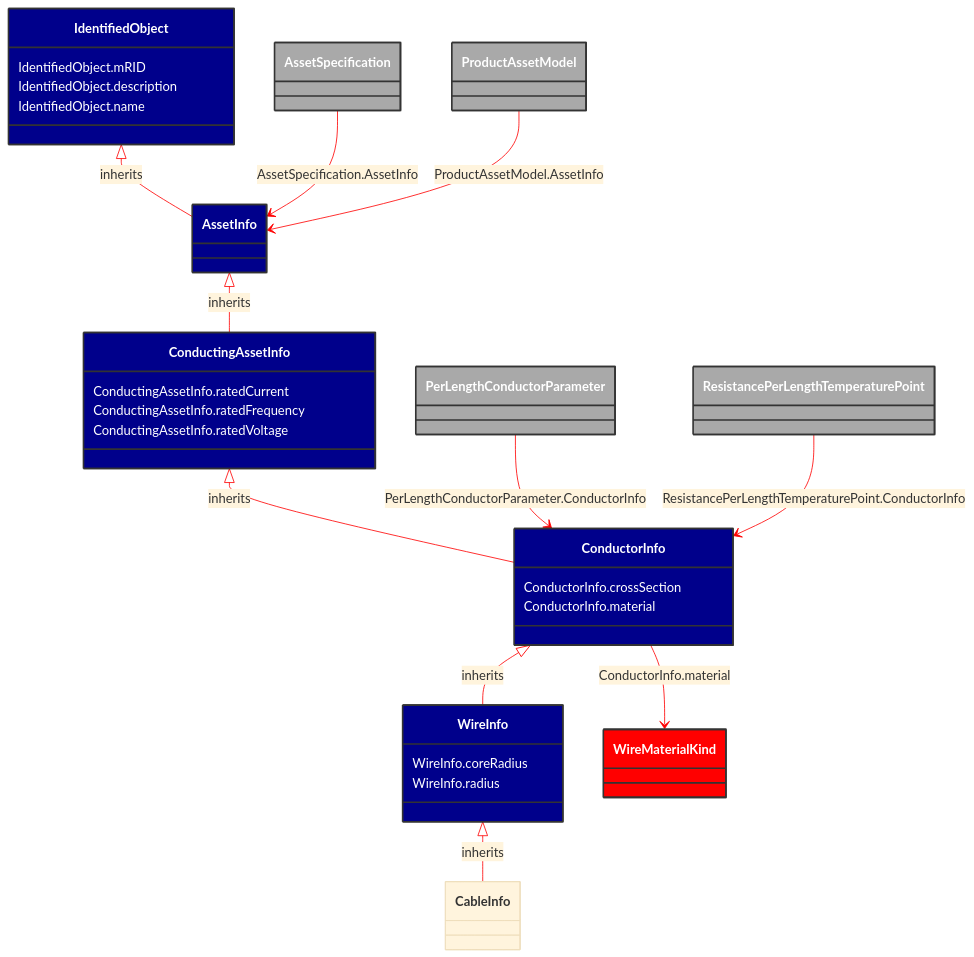
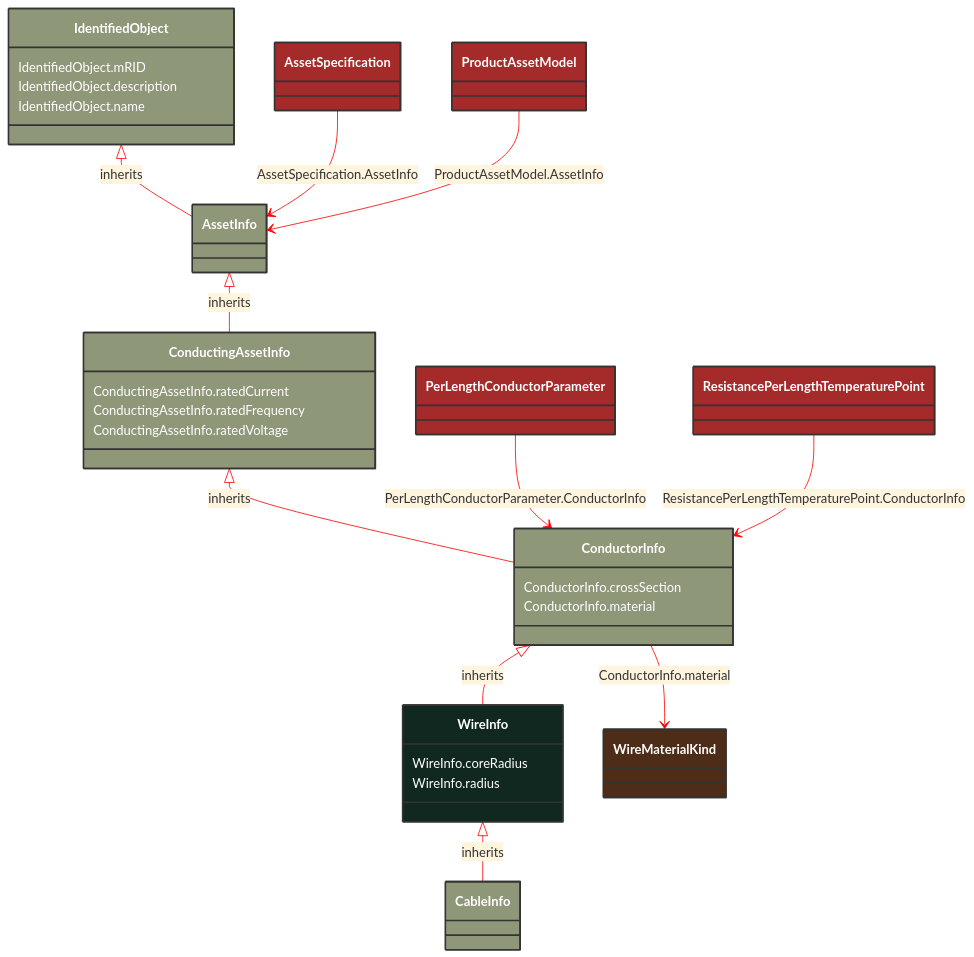
One commit to 3lbits/NoCIMExtensions changed the diagram in docs/Models/Profiles/SubseaCableInfo/AbstractClasses/WireInfo.md. Above: the diagram before and after it, drawn with Mermaid. The commit also changed 190 other files, not shown here.

````diff
--- a/docs/Models/Profiles/SubseaCableInfo/AbstractClasses/WireInfo.md
+++ b/docs/Models/Profiles/SubseaCableInfo/AbstractClasses/WireInfo.md
@@ -10,73 +10,71 @@
 ```mermaid
 %%{init: {'theme':'base','themeVariables': {'lineColor': '#FF0000'}}}%%
 classDiagram
     class WireInfo
     click WireInfo href "/Models/Profiles/SubseaCableInfo/AbstractClasses/WireInfo/"
-    style WireInfo fill:#006400,stroke:#333,stroke-width:2px,rx:10,ry:10,color:white
+    style WireInfo fill:#102820,stroke:#333,stroke-width:2px,rx:10,ry:10,color:white
 
         WireInfo <|-- CableInfo : inherits
-            click WireInfo href "/Models/Profiles/SubseaCableInfo/AbstractClasses/WireInfo/"
-            style WireInfo fill:#00008B,stroke:#333,stroke-width:2px,rx:10,ry:10,color:white
 
         CableInfo
             click CableInfo href "/Models/Profiles/SubseaCableInfo/ConcreteClasses/CableInfo/"
-            style WireInfo fill:#00008B,stroke:#333,stroke-width:2px,rx:10,ry:10,color:white
-
+            style CableInfo fill:#8F9779,stroke:#333,stroke-width:2px,rx:10,ry:10,color:white
+     
         ConductorInfo <|-- WireInfo : inherits
             click ConductorInfo href "/Models/Profiles/SubseaCableInfo/AbstractClasses/ConductorInfo/"
-            style ConductorInfo fill:#00008B,stroke:#333,stroke-width:2px,rx:10,ry:10,color:white
-
+            style ConductorInfo fill:#8F9779,stroke:#333,stroke-width:2px,rx:10,ry:10,color:white
+     
         ConductingAssetInfo <|-- ConductorInfo : inherits
             click ConductingAssetInfo href "/Models/Profiles/SubseaCableInfo/AbstractClasses/ConductingAssetInfo/"
-            style ConductingAssetInfo fill:#00008B,stroke:#333,stroke-width:2px,rx:10,ry:10,color:white
-
+            style ConductingAssetInfo fill:#8F9779,stroke:#333,stroke-width:2px,rx:10,ry:10,color:white
+     
         AssetInfo <|-- ConductingAssetInfo : inherits
             click AssetInfo href "/Models/Profiles/SubseaCableInfo/AbstractClasses/AssetInfo/"
-            style AssetInfo fill:#00008B,stroke:#333,stroke-width:2px,rx:10,ry:10,color:white
-
+            style AssetInfo fill:#8F9779,stroke:#333,stroke-width:2px,rx:10,ry:10,color:white
+     
         IdentifiedObject <|-- AssetInfo : inherits
             click IdentifiedObject href "/Models/Profiles/SubseaCableInfo/AbstractClasses/IdentifiedObject/"
-            style IdentifiedObject fill:#00008B,stroke:#333,stroke-width:2px,rx:10,ry:10,color:white
+            style IdentifiedObject fill:#8F9779,stroke:#333,stroke-width:2px,rx:10,ry:10,color:white
 
 
         AssetSpecification --> AssetInfo : AssetSpecification.AssetInfo
 
         AssetSpecification
             click AssetSpecification href "/Models/Profiles/SubseaCableInfo/ConcreteClasses/AssetSpecification/"
-            style AssetSpecification fill:#A9A9A9,stroke:#333,stroke-width:2px,rx:10,ry:10,color:white
+            style AssetSpecification fill:#A52A2A,stroke:#333,stroke-width:2px,rx:10,ry:10,color:white
 
         PerLengthConductorParameter --> ConductorInfo : PerLengthConductorParameter.ConductorInfo
 
         PerLengthConductorParameter
             click PerLengthConductorParameter href "/Models/Profiles/SubseaCableInfo/AbstractClasses/PerLengthConductorParameter/"
-            style PerLengthConductorParameter fill:#A9A9A9,stroke:#333,stroke-width:2px,rx:10,ry:10,color:white
+            style PerLengthConductorParameter fill:#A52A2A,stroke:#333,stroke-width:2px,rx:10,ry:10,color:white
 
         ProductAssetModel --> AssetInfo : ProductAssetModel.AssetInfo
 
         ProductAssetModel
             click ProductAssetModel href "/Models/Profiles/SubseaCableInfo/ConcreteClasses/ProductAssetModel/"
-            style ProductAssetModel fill:#A9A9A9,stroke:#333,stroke-width:2px,rx:10,ry:10,color:white
+            style ProductAssetModel fill:#A52A2A,stroke:#333,stroke-width:2px,rx:10,ry:10,color:white
 
         ResistancePerLengthTemperaturePoint --> ConductorInfo : ResistancePerLengthTemperaturePoint.ConductorInfo
 
         ResistancePerLengthTemperaturePoint
             click ResistancePerLengthTemperaturePoint href "/Models/Profiles/SubseaCableInfo/ConcreteClasses/ResistancePerLengthTemperaturePoint/"
-            style ResistancePerLengthTemperaturePoint fill:#A9A9A9,stroke:#333,stroke-width:2px,rx:10,ry:10,color:white
+            style ResistancePerLengthTemperaturePoint fill:#A52A2A,stroke:#333,stroke-width:2px,rx:10,ry:10,color:white
 
         ConductorInfo --> WireMaterialKind : ConductorInfo.material
 
         WireMaterialKind
             click WireMaterialKind href "/Models/Profiles/SubseaCableInfo/Enumerations/WireMaterialKind/"
-            style WireMaterialKind fill:#FF0000,stroke:#333,stroke-width:2px,rx:10,ry:10,color:white
+            style WireMaterialKind fill:#4D2D18,stroke:#333,stroke-width:2px,rx:10,ry:10,color:white
 
         WireInfo : WireInfo.coreRadius
         WireInfo : WireInfo.radius
         ConductorInfo : ConductorInfo.crossSection
         ConductorInfo : ConductorInfo.material
         ConductingAssetInfo : ConductingAssetInfo.ratedCurrent
         ConductingAssetInfo : ConductingAssetInfo.ratedFrequency
         ConductingAssetInfo : ConductingAssetInfo.ratedVoltage
         IdentifiedObject : IdentifiedObject.mRID
         IdentifiedObject : IdentifiedObject.description
         IdentifiedObject : IdentifiedObject.name
 ```
````
